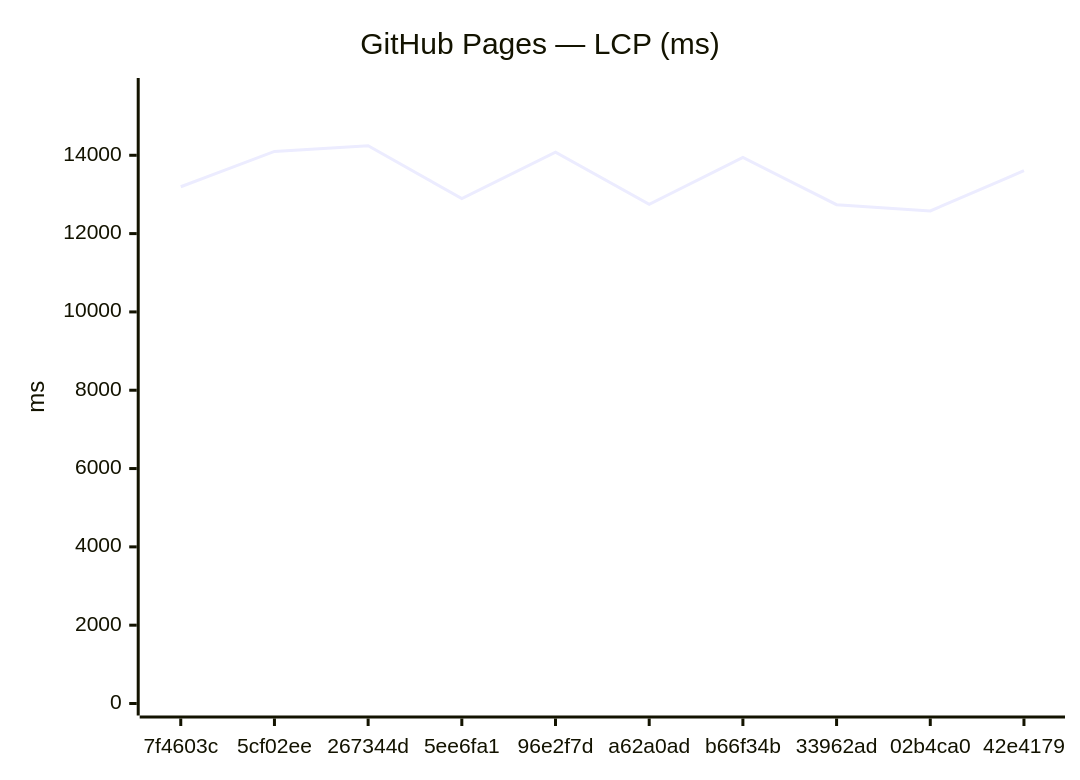
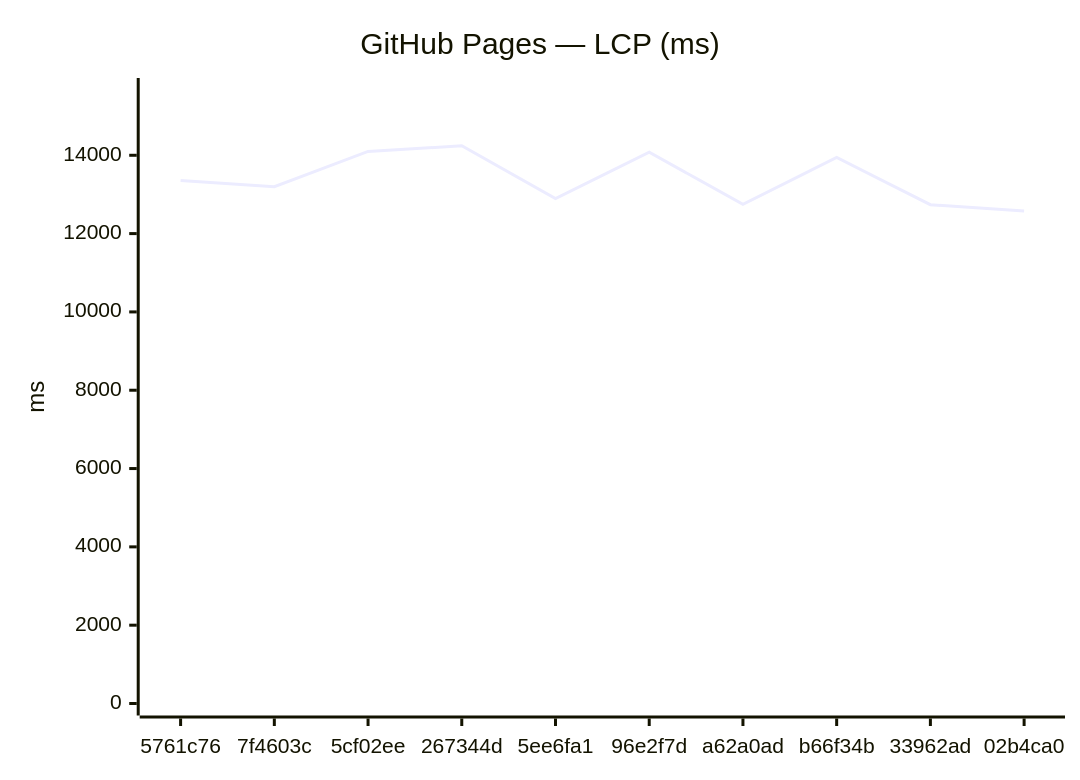
Before and after one commit to Metaheurist/Rianell: the third of 18 diagrams in benchmarks/compare.md, drawn with Mermaid. The commit also changed other lines of this file and 11 other files, not shown here.

````diff
--- a/benchmarks/compare.md
+++ b/benchmarks/compare.md
@@ -54,7 +54,7 @@
 ```mermaid
 xychart-beta
     title "GitHub Pages — LCP (ms)"
-    x-axis ["7f4603c", "5cf02ee", "267344d", "5ee6fa1", "96e2f7d", "a62a0ad", "b66f34b", "33962ad", "02b4ca0", "42e4179"]
+    x-axis ["5761c76", "7f4603c", "5cf02ee", "267344d", "5ee6fa1", "96e2f7d", "a62a0ad", "b66f34b", "33962ad", "02b4ca0"]
     y-axis "ms" 0 --> 15667
-    line [13197, 14098, 14242, 12895, 14078, 12749, 13943, 12738, 12578, 13605]
+    line [13355, 13197, 14098, 14242, 12895, 14078, 12749, 13943, 12738, 12578]
 ```
````
